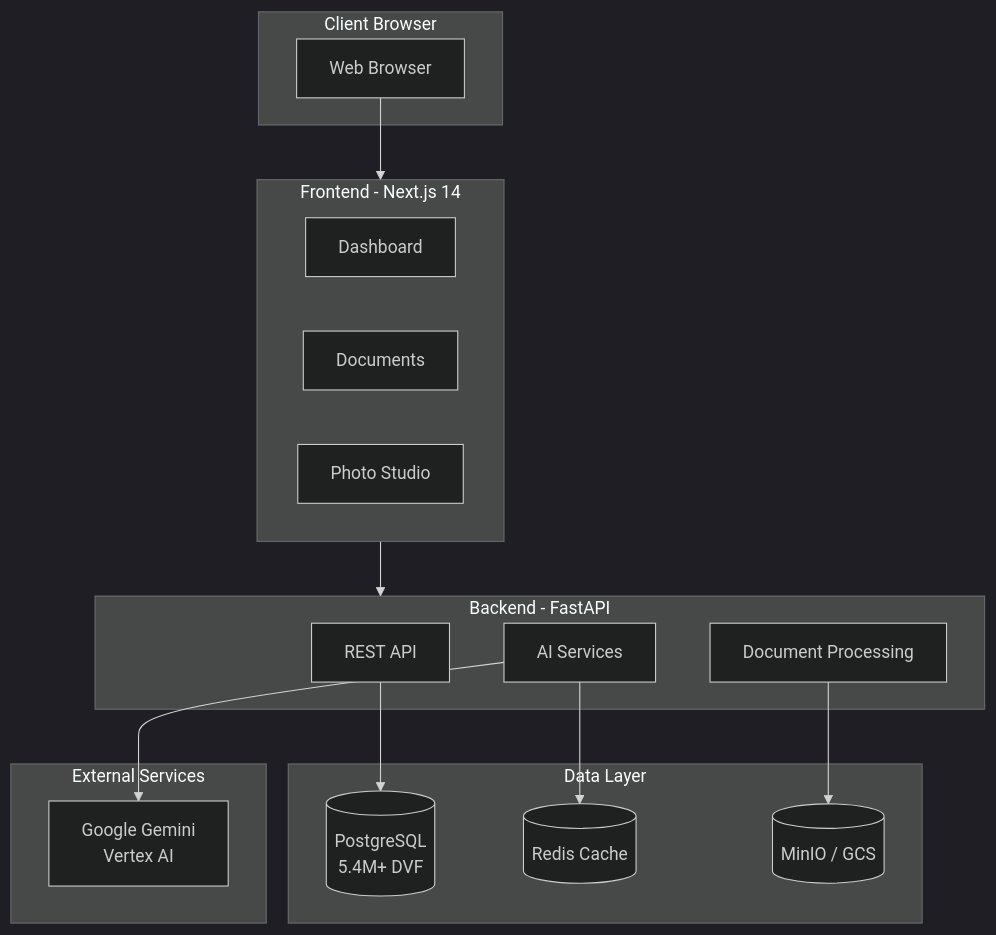
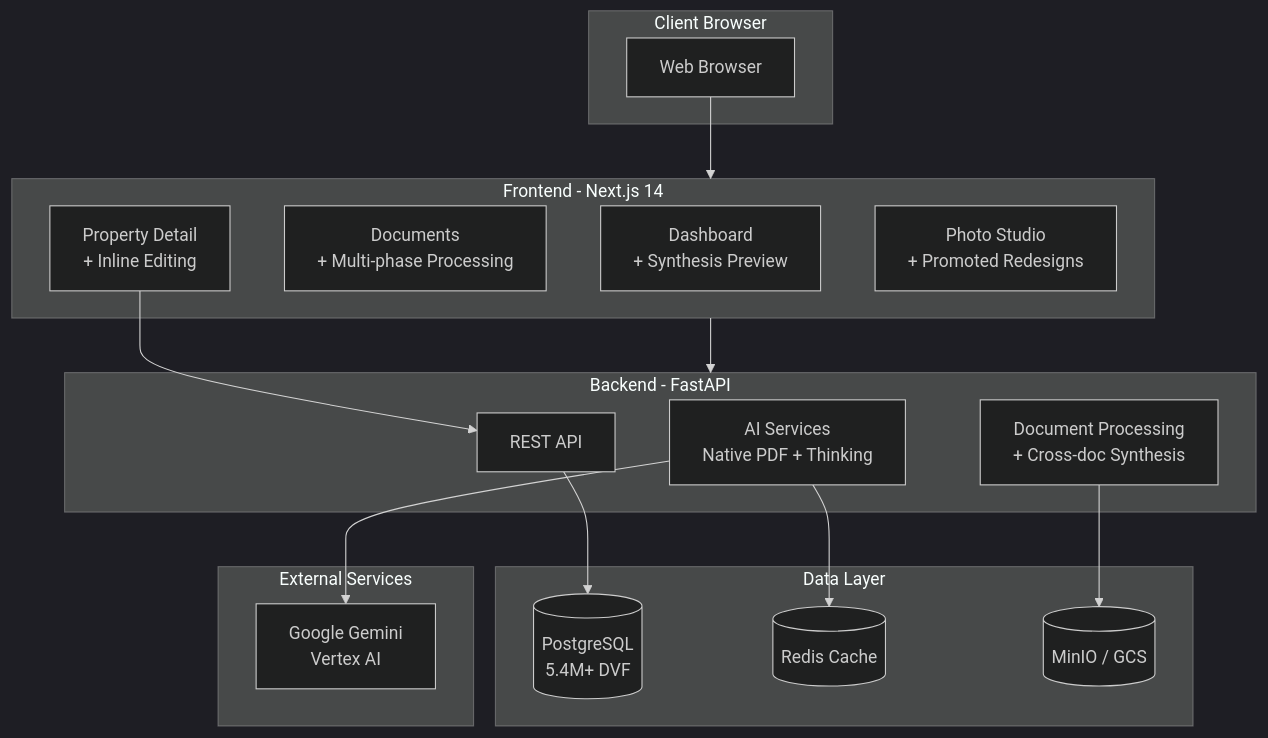
One commit to benjamin-karaoglan/AppArtAgent changed the second of 4 diagrams in docs/index.md. Above: the diagram before and after it, drawn with Mermaid (dark theme). The commit also changed other lines of this file and 10 other files, not shown here.

````diff
--- a/docs/index.md
+++ b/docs/index.md
@@ -82,35 +82,37 @@
 ```mermaid
 flowchart TB
     subgraph Client["Client Browser"]
         Browser["Web Browser"]
     end
 
     subgraph Frontend["Frontend - Next.js 14"]
-        Dashboard["Dashboard"]
-        Documents["Documents"]
-        Photos["Photo Studio"]
+        Dashboard["Dashboard<br/>+ Synthesis Preview"]
+        Documents["Documents<br/>+ Multi-phase Processing"]
+        Properties["Property Detail<br/>+ Inline Editing"]
+        Photos["Photo Studio<br/>+ Promoted Redesigns"]
     end
 
     subgraph Backend["Backend - FastAPI"]
         API["REST API"]
-        AIServices["AI Services"]
-        DocProcessing["Document Processing"]
+        AIServices["AI Services<br/>Native PDF + Thinking"]
+        DocProcessing["Document Processing<br/>+ Cross-doc Synthesis"]
     end
 
     subgraph DataLayer["Data Layer"]
         PostgreSQL[("PostgreSQL<br/>5.4M+ DVF")]
         Redis[("Redis Cache")]
         Storage[("MinIO / GCS")]
     end
 
     subgraph External["External Services"]
         Gemini["Google Gemini<br/>Vertex AI"]
     end
 
     Browser --> Frontend
     Frontend --> Backend
     API --> PostgreSQL
     AIServices --> Redis
     DocProcessing --> Storage
     AIServices --> Gemini
+    Properties --> API
 ```
````
